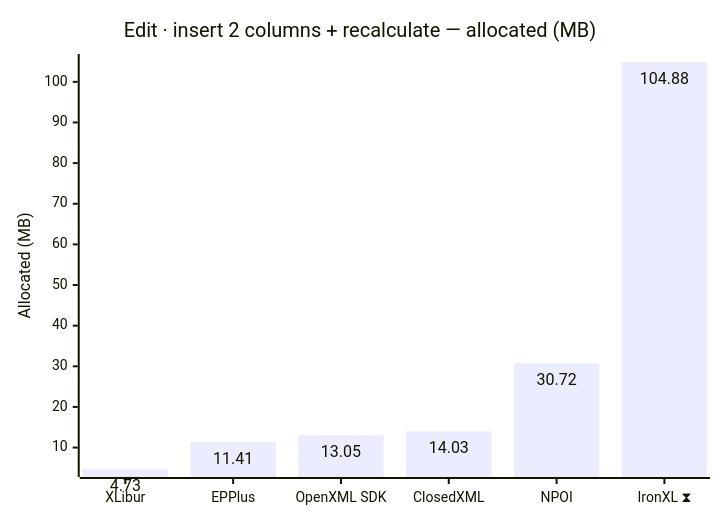
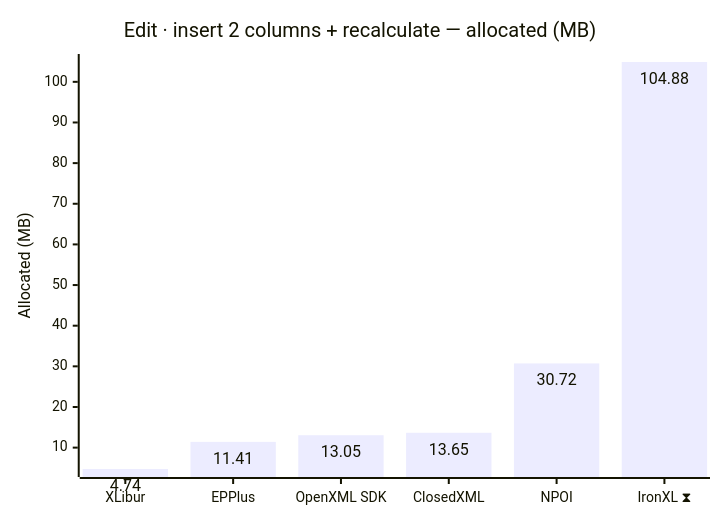
Before and after one commit to jafin/XLBench: diagram 12 of 12 in docs/results.md, drawn with Mermaid. The commit also changed other lines of this file and 6 other files, not shown here.

````diff
--- a/docs/results.md
+++ b/docs/results.md
@@ -182,12 +182,12 @@
 ```mermaid
 ---
 config:
   xyChart:
     showDataLabel: true
 ---
 xychart-beta
     title "Edit · insert 2 columns + recalculate — allocated (MB)"
     x-axis ["XLibur", "EPPlus", "OpenXML SDK", "ClosedXML", "NPOI", "IronXL ⧗"]
     y-axis "Allocated (MB)"
-    bar [4.73, 11.41, 13.05, 14.03, 30.72, 104.88]
+    bar [4.74, 11.41, 13.05, 13.65, 30.72, 104.88]
 ```
````
